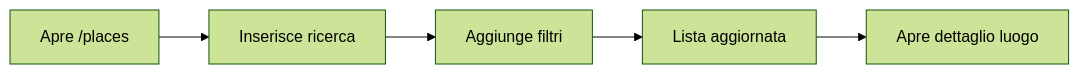
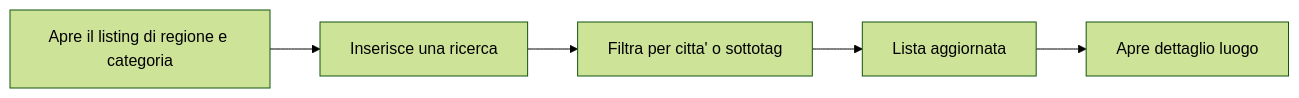
Before and after one commit to ricpastori/Progetto_Academy_MrDTwice: the fourth of 6 diagrams in docs/information-architecture.md, drawn with Mermaid (forest theme). The commit also changed other lines of this file and 23 other files, not shown here.

````diff
--- a/docs/information-architecture.md
+++ b/docs/information-architecture.md
@@ -92,7 +87,7 @@
 ```mermaid
 flowchart LR
-  A["Apre /places"] --> B["Inserisce ricerca"]
-  B --> C["Aggiunge filtri"]
+  A["Apre il listing di regione e categoria"] --> B["Inserisce una ricerca"]
+  B --> C["Filtra per citta' o sottotag"]
   C --> D["Lista aggiornata"]
   D --> E["Apre dettaglio luogo"]
 ```
````
